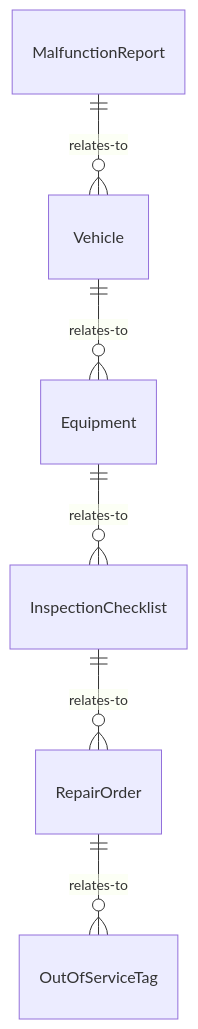
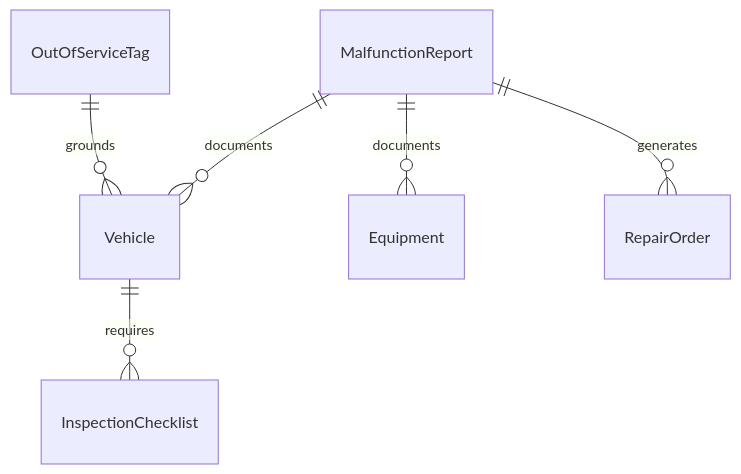
Before and after one commit to dot-org-ai/tasks.org.ai: the first of 4 diagrams in CommunicatingWithSupervisorsPeersOrSubordinates/NotifyOthersOfEmergenciesOrProblems/ReportVehicleEquipmentMalfunctions.mdx, drawn with Mermaid. The commit also changed other lines of this file and 515 other files, not shown here.

````diff
--- a/CommunicatingWithSupervisorsPeersOrSubordinates/NotifyOthersOfEmergenciesOrProblems/ReportVehicleEquipmentMalfunctions.mdx
+++ b/CommunicatingWithSupervisorsPeersOrSubordinates/NotifyOthersOfEmergenciesOrProblems/ReportVehicleEquipmentMalfunctions.mdx
@@ -85,8 +85,8 @@
 ```mermaid
 erDiagram
-    MalfunctionReport ||--o{ Vehicle : relates-to
-    Vehicle ||--o{ Equipment : relates-to
-    Equipment ||--o{ InspectionChecklist : relates-to
-    InspectionChecklist ||--o{ RepairOrder : relates-to
-    RepairOrder ||--o{ OutOfServiceTag : relates-to
+    MalfunctionReport ||--o{ Vehicle : documents
+    MalfunctionReport ||--o{ Equipment : documents
+    Vehicle ||--o{ InspectionChecklist : requires
+    MalfunctionReport ||--o{ RepairOrder : generates
+    OutOfServiceTag ||--o{ Vehicle : grounds
 ```
````
